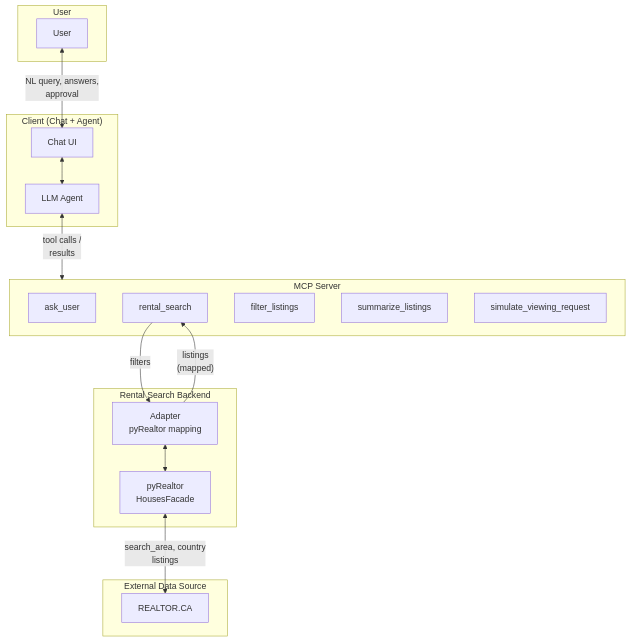
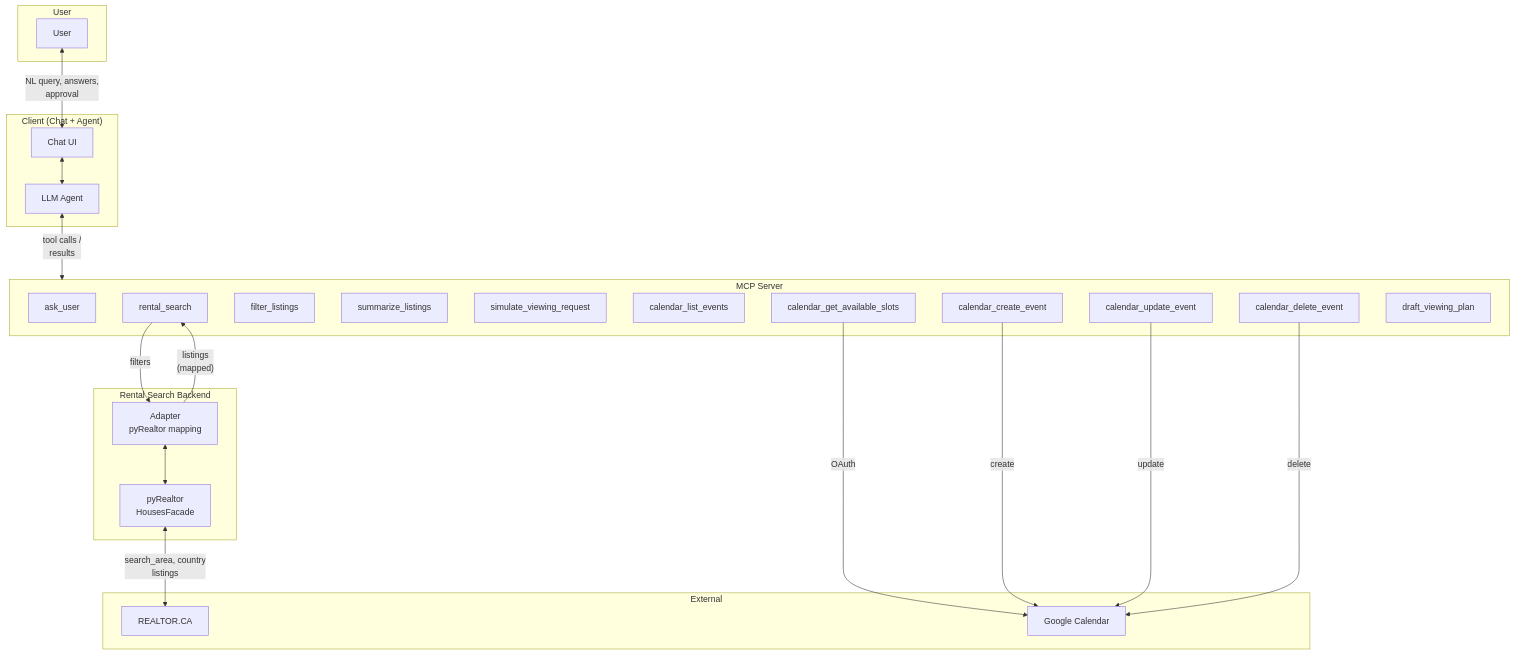
The diagram in docs/rental-search-assistant-mvp-technical-spec.md (smakamali/rental_search_agent), drawn with Mermaid before and after one commit. The commit also changed other lines of this file, not shown here.

Commit message:
Update technical spec: calendar tools, draft_viewing_plan, flow v0.3

````diff
--- a/docs/rental-search-assistant-mvp-technical-spec.md
+++ b/docs/rental-search-assistant-mvp-technical-spec.md
@@ -20,36 +20,48 @@
 ```mermaid
 flowchart TB
     subgraph User["User"]
         U[User]
     end
 
     subgraph Client["Client (Chat + Agent)"]
         UI[Chat UI]
         Agent[LLM Agent]
         UI <--> Agent
     end
 
     subgraph MCP["MCP Server"]
         T1[ask_user]
         T2[rental_search]
         T2b[filter_listings]
         T2c[summarize_listings]
         T3[simulate_viewing_request]
+        T4[calendar_list_events]
+        T5[calendar_get_available_slots]
+        T6[calendar_create_event]
+        T7[calendar_update_event]
+        T8[calendar_delete_event]
+        T9[draft_viewing_plan]
     end
 
     subgraph Backend["Rental Search Backend"]
         Adapter[Adapter\npyRealtor mapping]
         PyRealtor[pyRealtor\nHousesFacade]
         Adapter <--> PyRealtor
     end
 
-    subgraph External["External Data Source"]
+    subgraph External["External"]
         REALTOR[REALTOR.CA]
+        GC[Google Calendar]
     end
+
+    T5 -->|"OAuth"| GC
+    T6 -->|"create"| GC
+    T7 -->|"update"| GC
+    T8 -->|"delete"| GC
 
     U <-->|"NL query, answers,\napproval"| UI
     Agent <-->|"tool calls /\nresults"| MCP
     T2 -->|"filters"| Adapter
     Adapter -->|"listings\n(mapped)"| T2
     PyRealtor <-->|"search_area, country\nlistings"| REALTOR
 ```
````
